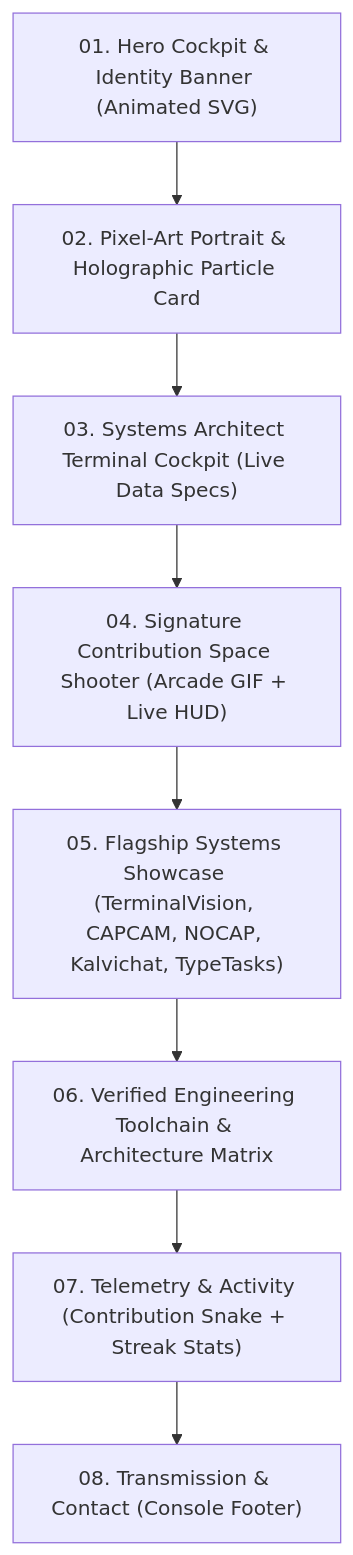
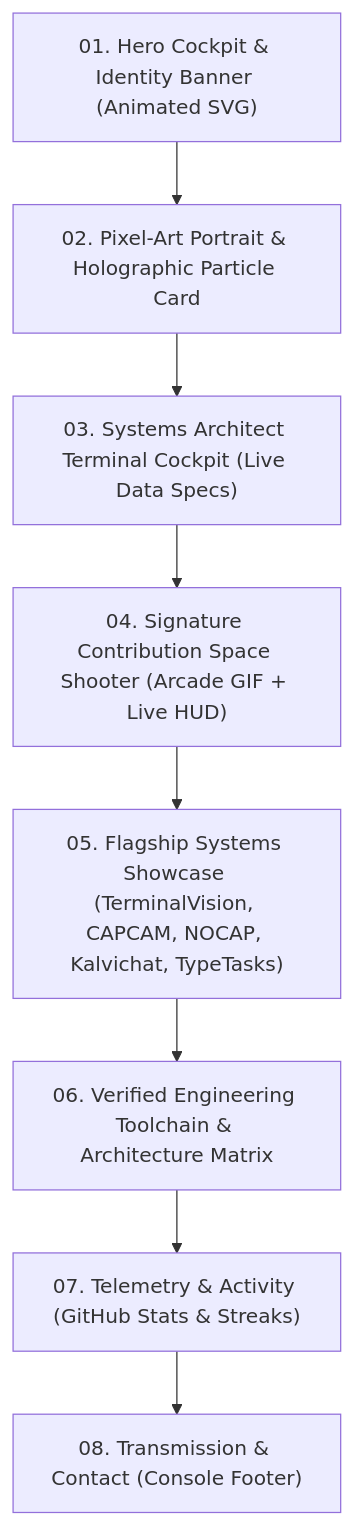
Before and after one commit to tace-x/tace-x: the first of 2 diagrams in docs/PROFILE_IMPLEMENTATION_PLAN.md, drawn with Mermaid. The commit also changed other lines of this file and 12 other files, not shown here.

````diff
--- a/docs/PROFILE_IMPLEMENTATION_PLAN.md
+++ b/docs/PROFILE_IMPLEMENTATION_PLAN.md
@@ -233,10 +231,10 @@
 ```mermaid
 graph TD
     A["01. Hero Cockpit & Identity Banner (Animated SVG)"] --> B["02. Pixel-Art Portrait & Holographic Particle Card"]
     B --> C["03. Systems Architect Terminal Cockpit (Live Data Specs)"]
     C --> D["04. Signature Contribution Space Shooter (Arcade GIF + Live HUD)"]
     D --> E["05. Flagship Systems Showcase (TerminalVision, CAPCAM, NOCAP, Kalvichat, TypeTasks)"]
     E --> F["06. Verified Engineering Toolchain & Architecture Matrix"]
-    F --> G["07. Telemetry & Activity (Contribution Snake + Streak Stats)"]
+    F --> G["07. Telemetry & Activity (GitHub Stats & Streaks)"]
     G --> H["08. Transmission & Contact (Console Footer)"]
 ```
````
